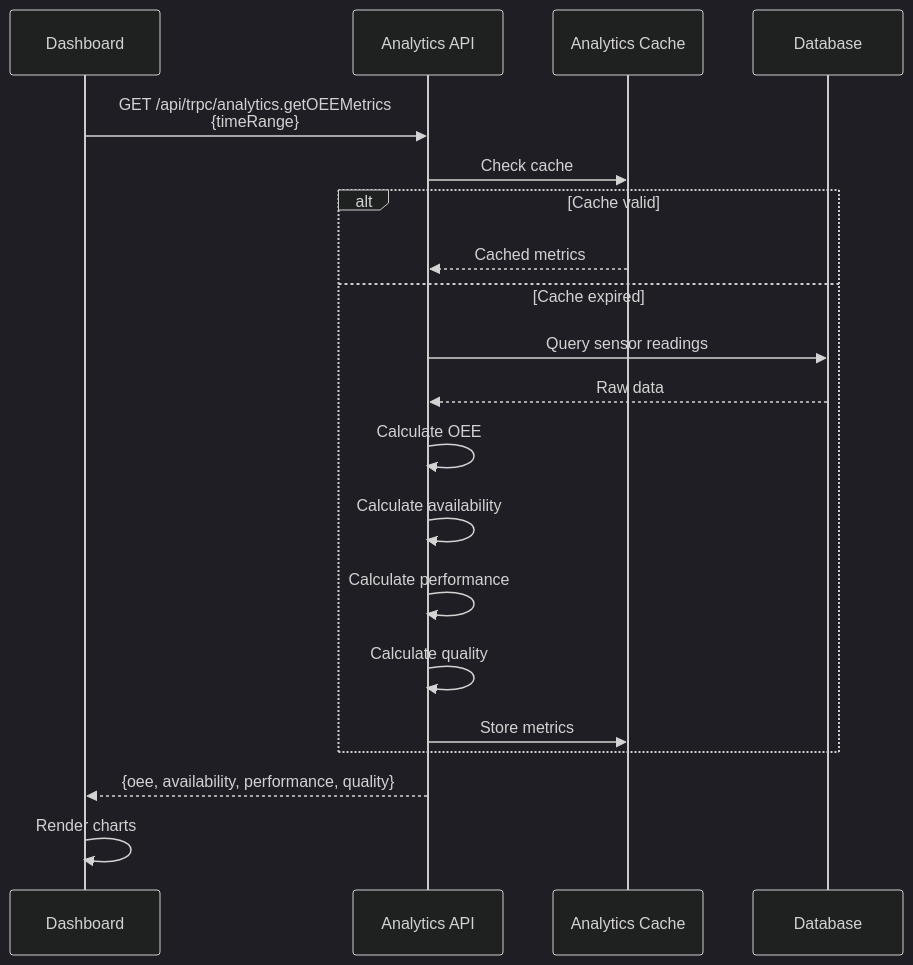
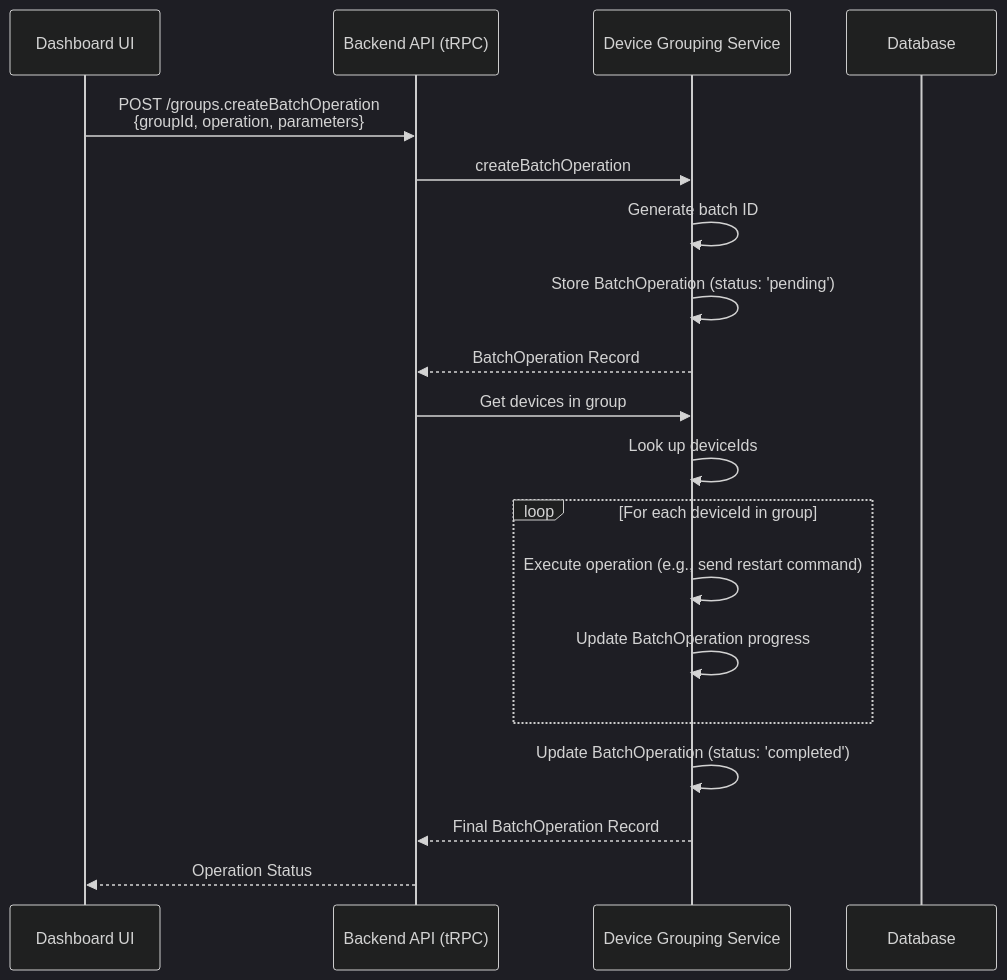
The fourth of 5 diagrams in docs/api-flows.md (DruHustle/smart-factory-iot), drawn with Mermaid (dark theme) before and after one commit. The commit also changed other lines of this file and 7 other files, not shown here.

````diff
--- a/docs/api-flows.md
+++ b/docs/api-flows.md
@@ -159,25 +114,25 @@
 ```mermaid
 sequenceDiagram
-    participant Dashboard as Dashboard
-    participant API as Analytics API
-    participant Cache as Analytics Cache
+    participant UI as Dashboard UI
+    participant API as Backend API (tRPC)
+    participant Grouping as Device Grouping Service
     participant DB as Database
     
-    Dashboard->>API: GET /api/trpc/analytics.getOEEMetrics<br/>{timeRange}
-    API->>Cache: Check cache
+    UI->>API: POST /groups.createBatchOperation<br/>{groupId, operation, parameters}
+    API->>Grouping: createBatchOperation
+    Grouping->>Grouping: Generate batch ID
+    Grouping->>Grouping: Store BatchOperation (status: 'pending')
+    Grouping-->>API: BatchOperation Record
     
-    alt Cache valid
-        Cache-->>API: Cached metrics
-    else Cache expired
-        API->>DB: Query sensor readings
-        DB-->>API: Raw data
-        API->>API: Calculate OEE
-        API->>API: Calculate availability
-        API->>API: Calculate performance
-        API->>API: Calculate quality
-        API->>Cache: Store metrics
+    API->>Grouping: Get devices in group
+    Grouping->>Grouping: Look up deviceIds
+    
+    loop For each deviceId in group
+        Grouping->>Grouping: Execute operation (e.g., send restart command)
+        Grouping->>Grouping: Update BatchOperation progress
     end
     
-    API-->>Dashboard: {oee, availability, performance, quality}
-    Dashboard->>Dashboard: Render charts
+    Grouping->>Grouping: Update BatchOperation (status: 'completed')
+    Grouping-->>API: Final BatchOperation Record
+    API-->>UI: Operation Status
 ```
````
